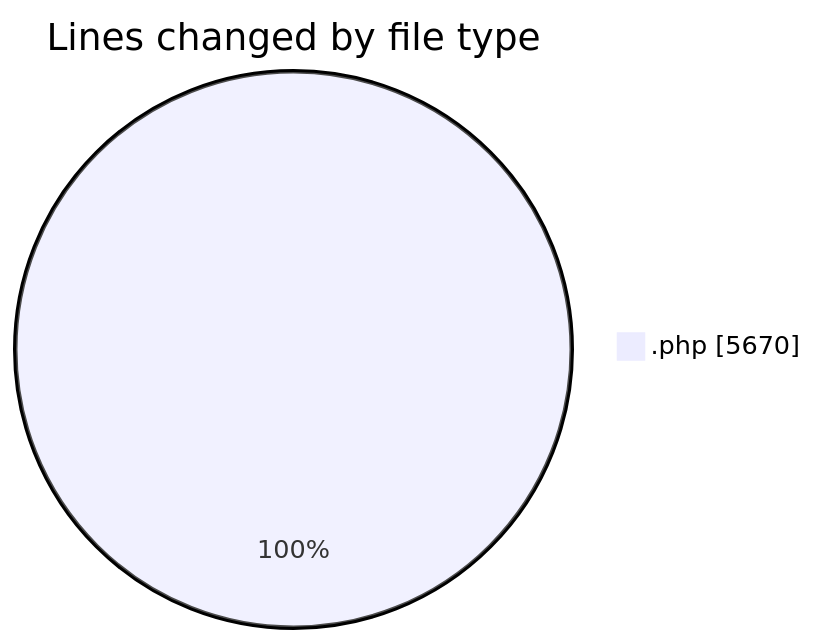
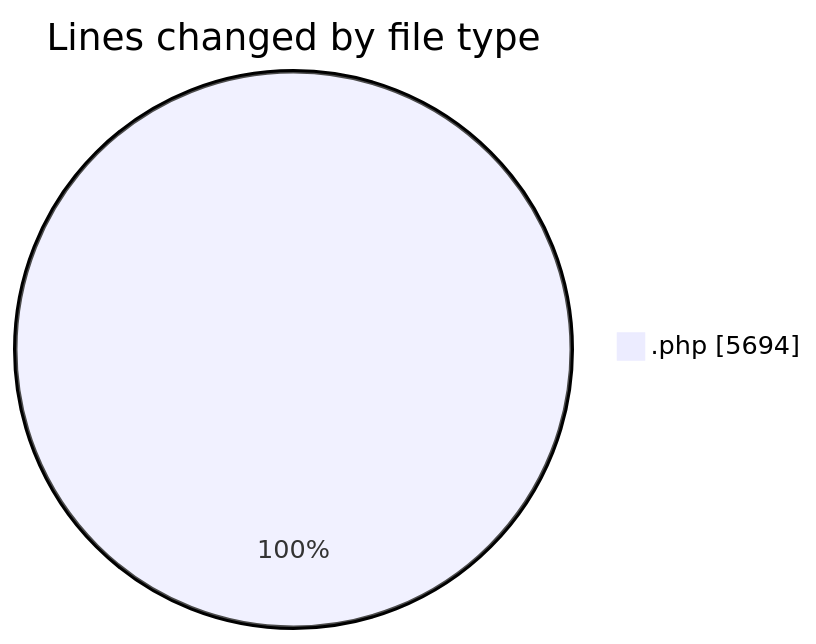
One commit to debugP/code-tracking changed the first of 2 diagrams in 2025-10-03/untitled__workspace_/README.md. Above: the diagram before and after it, drawn with Mermaid. The commit also changed other lines of this file and 1 other file, not shown here.

````diff
--- a/2025-10-03/untitled__workspace_/README.md
+++ b/2025-10-03/untitled__workspace_/README.md
@@ -23,5 +23,5 @@
 ```mermaid
 pie showData
 title Lines changed by file type
-".php" : 5670
+".php" : 5694
 ```
````
